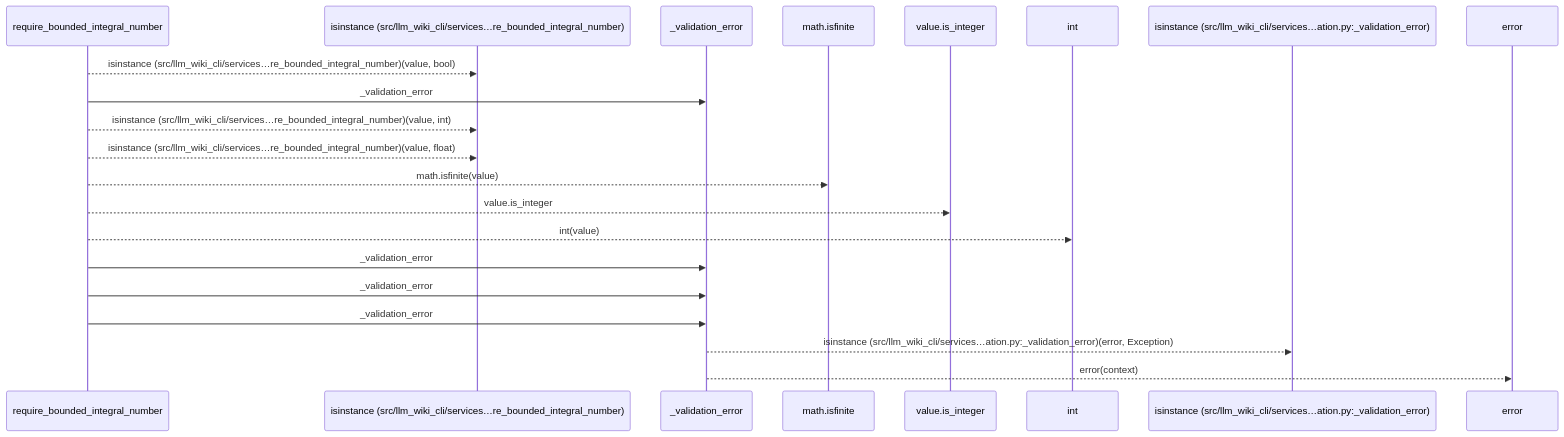
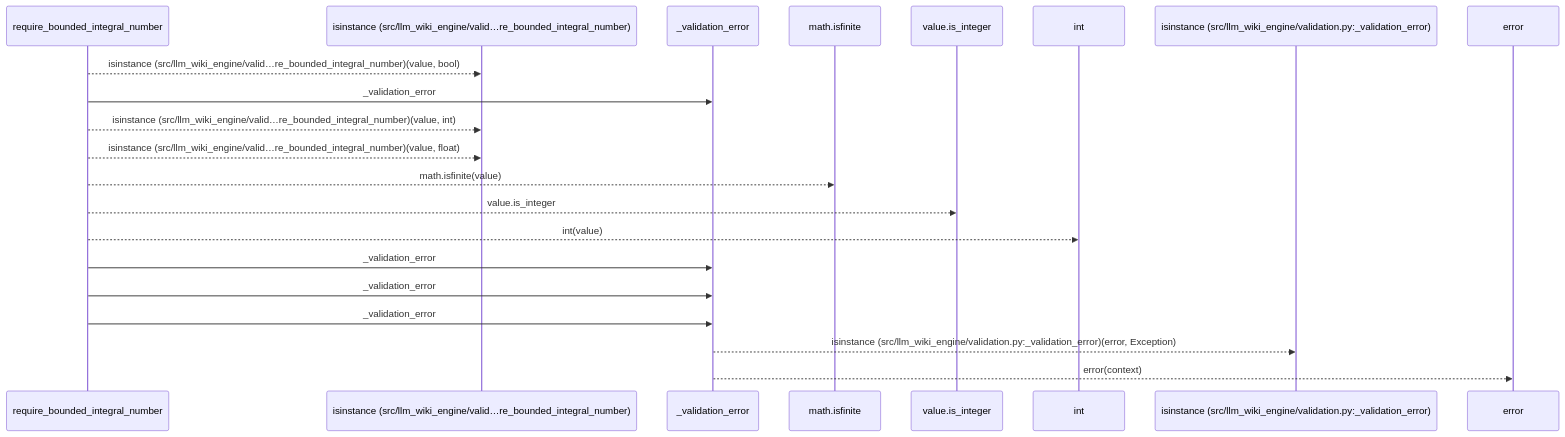
One commit to Denissvgn/python-wiki-llm changed the first of 2 diagrams in docs/llm_wiki/flows/api-require_bounded_integral_number.md. Above: the diagram before and after it, drawn with Mermaid. The commit also changed other lines of this file and 1103 other files, not shown here.

First line of the commit message:
docs: refresh the wiki for the llm-wiki-engine distribution

````diff
--- a/docs/llm_wiki/flows/api-require_bounded_integral_number.md
+++ b/docs/llm_wiki/flows/api-require_bounded_integral_number.md
@@ -12,23 +12,23 @@
 ```mermaid
 sequenceDiagram
     participant p0 as require_bounded_integral_number
-    participant p1 as isinstance (src/llm_wiki_cli/services…re_bounded_integral_number)
+    participant p1 as isinstance (src/llm_wiki_engine/valid…re_bounded_integral_number)
     participant p2 as _validation_error
     participant p3 as math.isfinite
     participant p4 as value.is_integer
     participant p5 as int
-    participant p6 as isinstance (src/llm_wiki_cli/services…ation.py:_validation_error)
+    participant p6 as isinstance (src/llm_wiki_engine/validation.py:_validation_error)
     participant p7 as error
-    p0-->>p1: isinstance (src/llm_wiki_cli/services…re_bounded_integral_number)(value, bool)
+    p0-->>p1: isinstance (src/llm_wiki_engine/valid…re_bounded_integral_number)(value, bool)
     p0->>p2: _validation_error
-    p0-->>p1: isinstance (src/llm_wiki_cli/services…re_bounded_integral_number)(value, int)
-    p0-->>p1: isinstance (src/llm_wiki_cli/services…re_bounded_integral_number)(value, float)
+    p0-->>p1: isinstance (src/llm_wiki_engine/valid…re_bounded_integral_number)(value, int)
+    p0-->>p1: isinstance (src/llm_wiki_engine/valid…re_bounded_integral_number)(value, float)
     p0-->>p3: math.isfinite(value)
     p0-->>p4: value.is_integer
     p0-->>p5: int(value)
     p0->>p2: _validation_error
     p0->>p2: _validation_error
     p0->>p2: _validation_error
-    p2-->>p6: isinstance (src/llm_wiki_cli/services…ation.py:_validation_error)(error, Exception)
+    p2-->>p6: isinstance (src/llm_wiki_engine/validation.py:_validation_error)(error, Exception)
     p2-->>p7: error(context)
 ```
````
